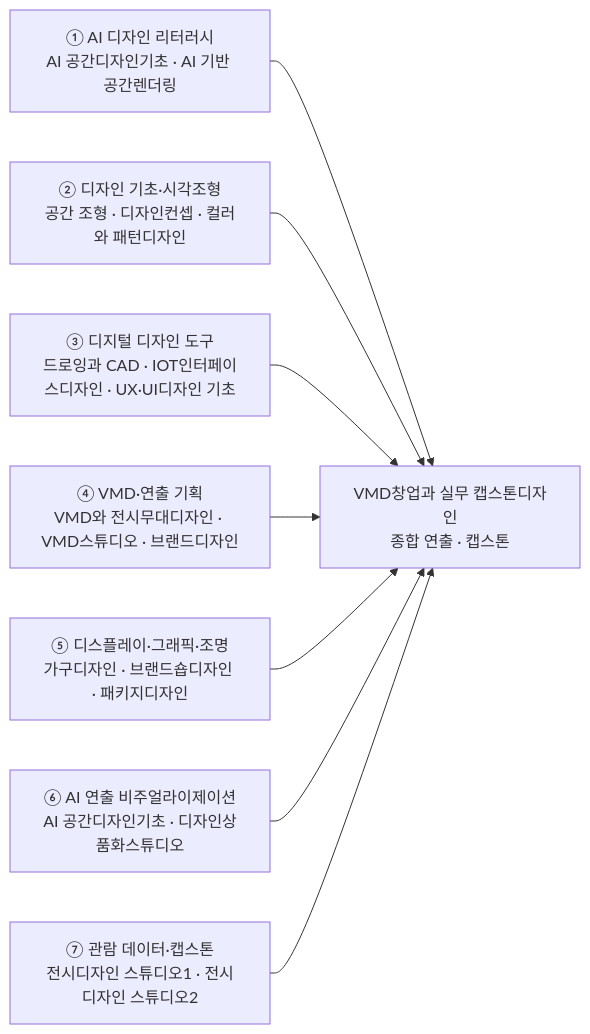
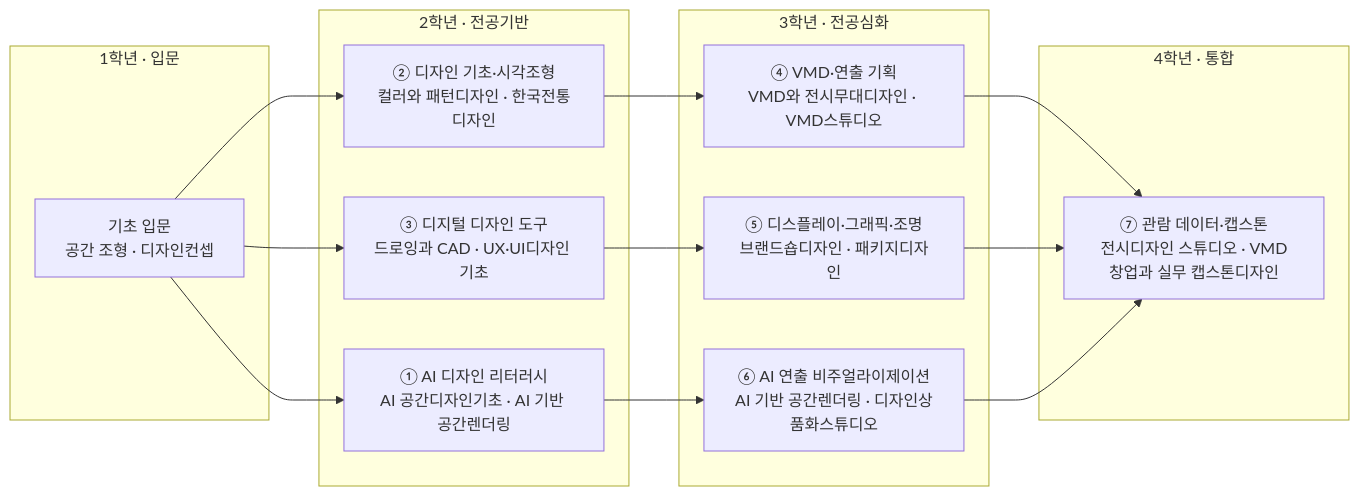
Before and after one commit to parclab-hsu/ai-curriculum-2026: the diagram in docs/design/vmd-exhibition.md, drawn with Mermaid. The commit also changed other lines of this file and 22 other files, not shown here.

First line of the commit message:
모듈 다이어그램 강화 — 1~4학년 로드맵 + 모듈-역량 매핑 (23개 트랙)

````diff
--- a/docs/design/vmd-exhibition.md
+++ b/docs/design/vmd-exhibition.md
@@ -110,11 +110,28 @@
 ```mermaid
 flowchart LR
-  M1["① AI 디자인 리터러시<br/>AI 공간디자인기초 · AI 기반 공간렌더링"] --> CAP
-  M2["② 디자인 기초·시각조형<br/>공간 조형 · 디자인컨셉 · 컬러와 패턴디자인"] --> CAP
-  M3["③ 디지털 디자인 도구<br/>드로잉과 CAD · IOT인터페이스디자인 · UX·UI디자인 기초"] --> CAP
-  M4["④ VMD·연출 기획<br/>VMD와 전시무대디자인 · VMD스튜디오 · 브랜드디자인"] --> CAP
-  M5["⑤ 디스플레이·그래픽·조명<br/>가구디자인 · 브랜드숍디자인 · 패키지디자인"] --> CAP
-  M6["⑥ AI 연출 비주얼라이제이션<br/>AI 공간디자인기초 · 디자인상품화스튜디오"] --> CAP
-  M7["⑦ 관람 데이터·캡스톤<br/>전시디자인 스튜디오1 · 전시디자인 스튜디오2"] --> CAP
-  CAP["VMD창업과 실무 캡스톤디자인<br/>종합 연출 · 캡스톤"]
+  subgraph Y1["1학년 · 입문"]
+    A0["기초 입문<br/>공간 조형 · 디자인컨셉"]
+  end
+  subgraph Y2["2학년 · 전공기반"]
+    M1["① AI 디자인 리터러시<br/>AI 공간디자인기초 · AI 기반 공간렌더링"]
+    M2["② 디자인 기초·시각조형<br/>컬러와 패턴디자인 · 한국전통디자인"]
+    M3["③ 디지털 디자인 도구<br/>드로잉과 CAD · UX·UI디자인 기초"]
+  end
+  subgraph Y3["3학년 · 전공심화"]
+    M4["④ VMD·연출 기획<br/>VMD와 전시무대디자인 · VMD스튜디오"]
+    M5["⑤ 디스플레이·그래픽·조명<br/>브랜드숍디자인 · 패키지디자인"]
+    M6["⑥ AI 연출 비주얼라이제이션<br/>AI 기반 공간렌더링 · 디자인상품화스튜디오"]
+  end
+  subgraph Y4["4학년 · 통합"]
+    CAP["⑦ 관람 데이터·캡스톤<br/>전시디자인 스튜디오 · VMD창업과 실무 캡스톤디자인"]
+  end
+  A0 --> M1
+  A0 --> M2
+  A0 --> M3
+  M2 --> M4
+  M3 --> M5
+  M1 --> M6
+  M4 --> CAP
+  M5 --> CAP
+  M6 --> CAP
 ```
````
